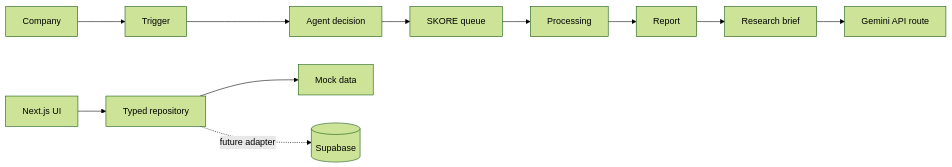
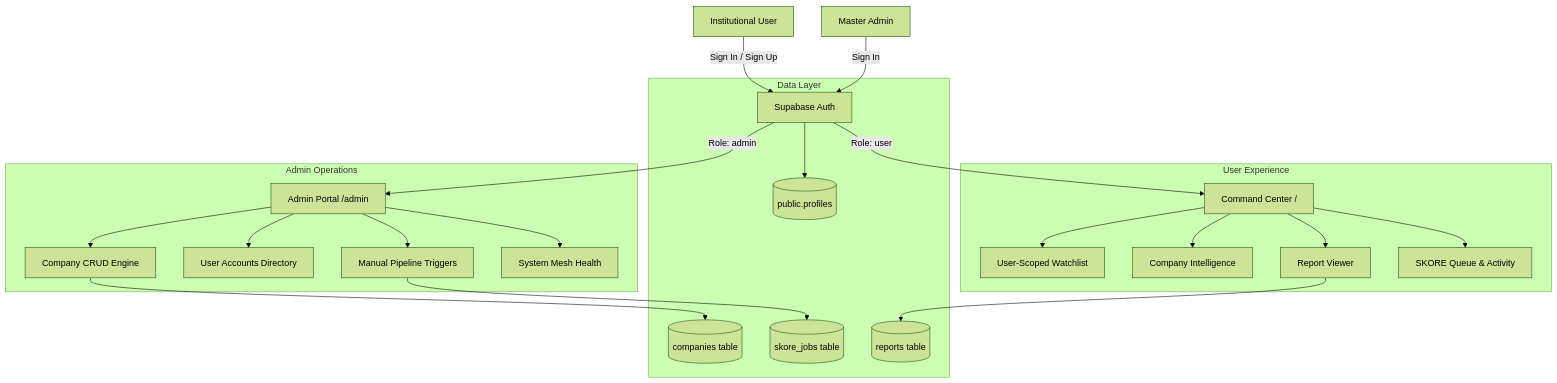
The diagram in README.md (ilhamn3/Research-Intelligence-Dashboard), drawn with Mermaid (forest theme) before and after one commit. The commit also changed other lines of this file, not shown here.

````diff
--- a/README.md
+++ b/README.md
@@ -7,13 +76,29 @@
 ```mermaid
-graph LR
-  A[Company] --> B[Trigger]
-  B --> C[Agent decision]
-  C --> D[SKORE queue]
-  D --> E[Processing]
-  E --> F[Report]
-  F --> G[Research brief]
-  UI[Next.js UI] --> Repo[Typed repository]
-  Repo --> Mock[Mock data]
-  Repo -. future adapter .-> Supabase[(Supabase)]
-  G --> Gemini[Gemini API route]
+graph TD
+  User[Institutional User] -->|Sign In / Sign Up| Auth[Supabase Auth]
+  Admin[Master Admin] -->|Sign In| Auth
+  
+  Auth -->|Role: user| CC[Command Center /]
+  Auth -->|Role: admin| AP[Admin Portal /admin]
+  
+  subgraph User Experience
+    CC --> WL[User-Scoped Watchlist]
+    CC --> Comp[Company Intelligence]
+    CC --> Rep[Report Viewer]
+    CC --> Queue[SKORE Queue & Activity]
+  end
+
+  subgraph Admin Operations
+    AP --> CRUD[Company CRUD Engine]
+    AP --> Users[User Accounts Directory]
+    AP --> Pipe[Manual Pipeline Triggers]
+    AP --> Health[System Mesh Health]
+  end
+
+  subgraph Data Layer
+    Auth --> Profiles[(public.profiles)]
+    CRUD --> Companies[(companies table)]
+    Pipe --> Jobs[(skore_jobs table)]
+    Rep --> Reports[(reports table)]
+  end
 ```
````
